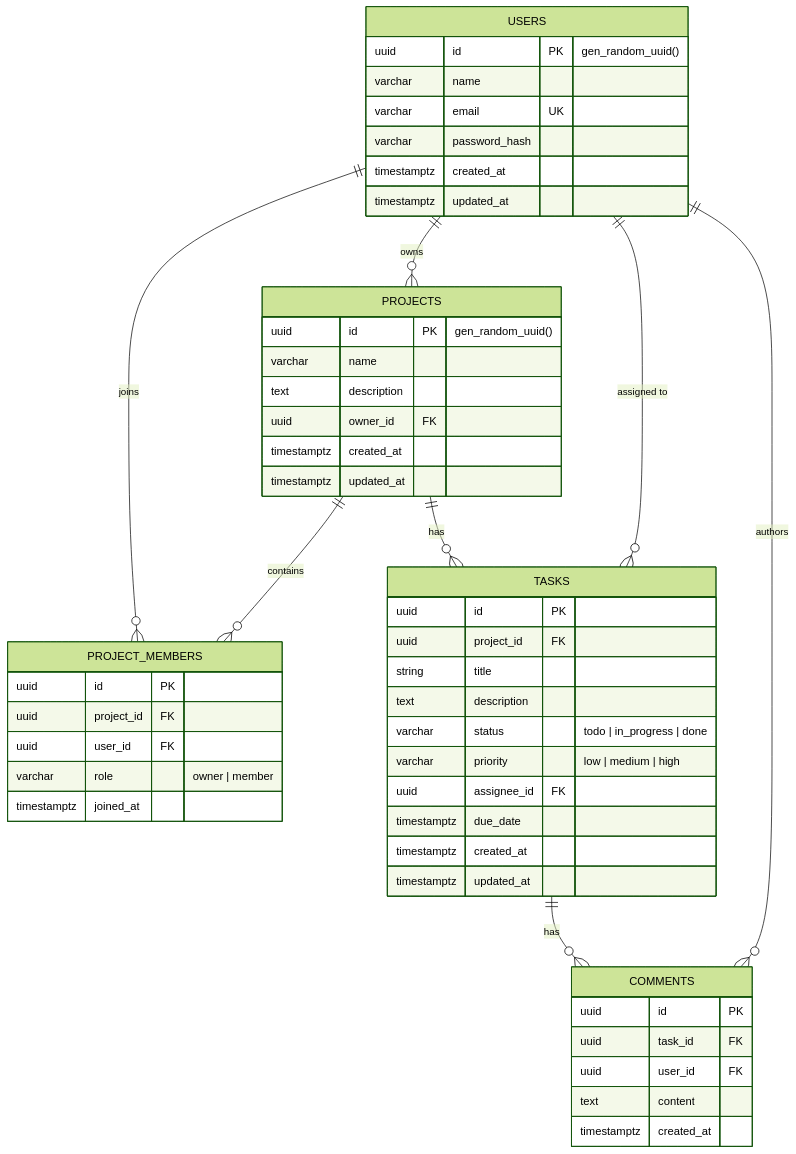
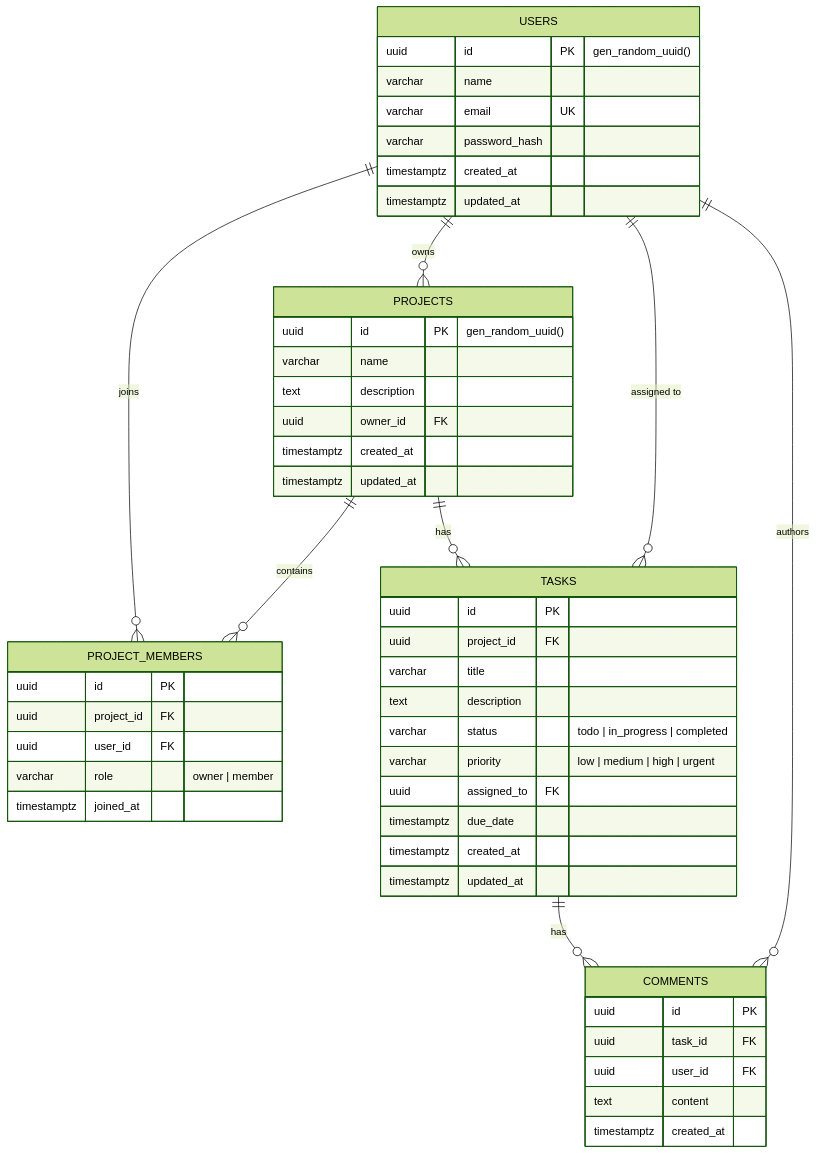
Before and after one commit to khoirirrosikin/task-management: the diagram in README.md, drawn with Mermaid (forest theme). The commit also changed 1 other file, not shown here.

Commit message:
docs: align README ERD schema and test data with task migration
- Update TASKS entity in README ERD diagram to match actual migration and DTOs
- Rename assignee_id to assigned_to in ERD
- Align status enum to 'todo', 'in_progress', 'completed'
- Align priority enum to 'low', 'medium', 'high', 'urgent'
- Update UpdateTask test case in service_test.go to use status 'completed'

````diff
--- a/README.md
+++ b/README.md
@@ -137,57 +137,57 @@
 ```mermaid
 erDiagram
     USERS ||--o{ PROJECTS : "owns"
     USERS ||--o{ PROJECT_MEMBERS : "joins"
     PROJECTS ||--o{ PROJECT_MEMBERS : "contains"
     PROJECTS ||--o{ TASKS : "has"
     USERS ||--o{ TASKS : "assigned to"
     TASKS ||--o{ COMMENTS : "has"
     USERS ||--o{ COMMENTS : "authors"
 
     USERS {
         uuid id PK "gen_random_uuid()"
         varchar name
         varchar email UK
         varchar password_hash
         timestamptz created_at
         timestamptz updated_at
     }
 
     PROJECTS {
         uuid id PK "gen_random_uuid()"
         varchar name
         text description
         uuid owner_id FK
         timestamptz created_at
         timestamptz updated_at
     }
 
     PROJECT_MEMBERS {
         uuid id PK
         uuid project_id FK
         uuid user_id FK
         varchar role "owner | member"
         timestamptz joined_at
     }
 
     TASKS {
         uuid id PK
         uuid project_id FK
-        string title
+        varchar title
         text description
-        varchar status "todo | in_progress | done"
-        varchar priority "low | medium | high"
-        uuid assignee_id FK
+        varchar status "todo | in_progress | completed"
+        varchar priority "low | medium | high | urgent"
+        uuid assigned_to FK
         timestamptz due_date
         timestamptz created_at
         timestamptz updated_at
     }
 
     COMMENTS {
         uuid id PK
         uuid task_id FK
         uuid user_id FK
         text content
         timestamptz created_at
     }
 ```
````
